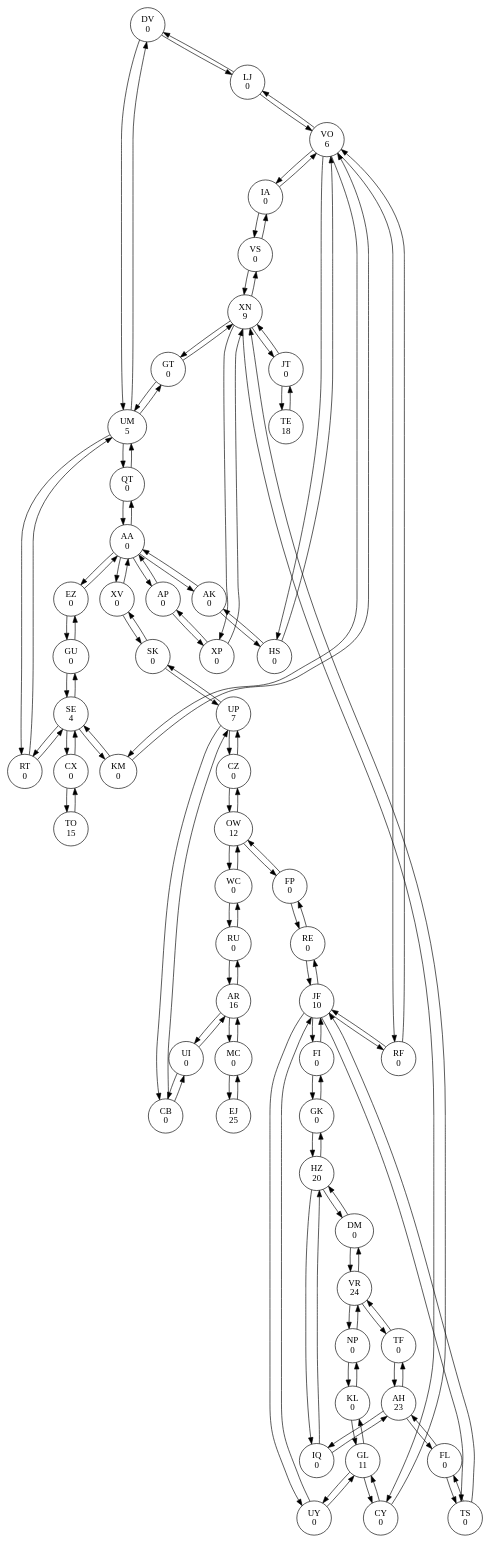
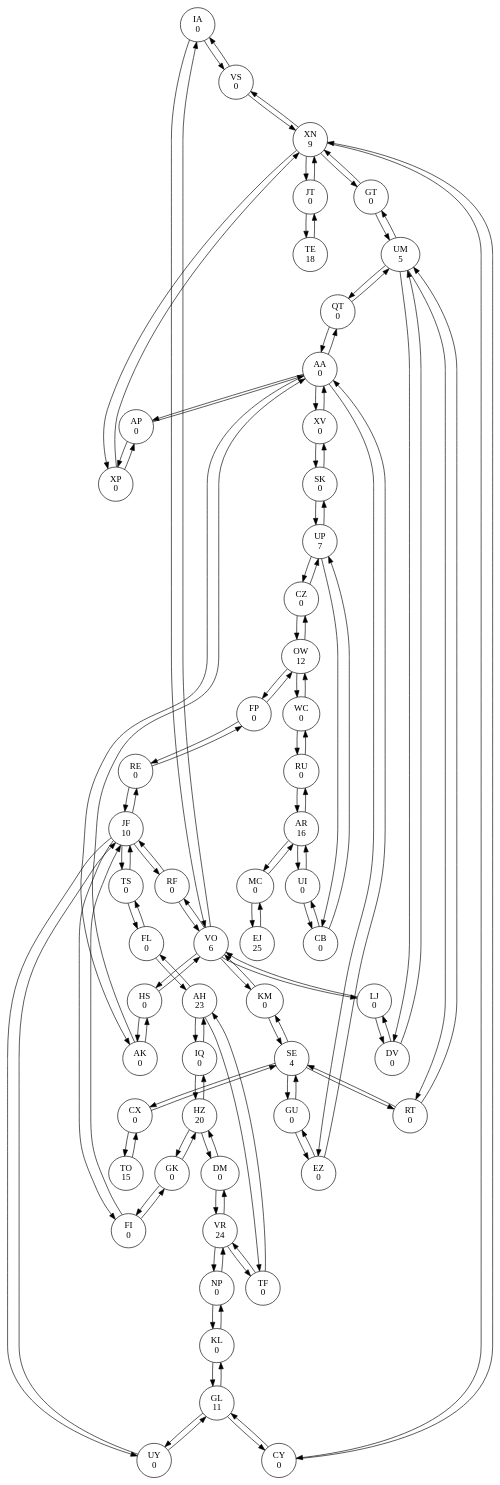
Before and after one commit to babbageclunk/advent2022: the diagram in day16/graph.dot, drawn with Graphviz. The commit also changed other lines of this file and 3 other files, not shown here.

```diff
--- a/day16/graph.dot
+++ b/day16/graph.dot
@@ -1,184 +1,184 @@
 digraph {
-DV [label="DV\n0"];
-DV -> LJ;
-DV -> UM;
+IA [label="IA\n0"];
+IA -> VS;
+IA -> VO;
+SK [label="SK\n0"];
+SK -> XV;
+SK -> UP;
+AK [label="AK\n0"];
+AK -> AA;
+AK -> HS;
+XV [label="XV\n0"];
+XV -> AA;
+XV -> SK;
+XP [label="XP\n0"];
+XP -> AP;
+XP -> XN;
+CB [label="CB\n0"];
+CB -> UI;
+CB -> UP;
+FL [label="FL\n0"];
+FL -> AH;
+FL -> TS;
+VR [label="VR\n24"];
+VR -> DM;
+VR -> TF;
+VR -> NP;
+RF [label="RF\n0"];
+RF -> VO;
+RF -> JF;
+GL [label="GL\n11"];
+GL -> UY;
+GL -> KL;
+GL -> CY;
+JT [label="JT\n0"];
+JT -> TE;
+JT -> XN;
+TS [label="TS\n0"];
+TS -> JF;
+TS -> FL;
+RU [label="RU\n0"];
+RU -> AR;
+RU -> WC;
+QT [label="QT\n0"];
+QT -> UM;
+QT -> AA;
+FI [label="FI\n0"];
+FI -> JF;
+FI -> GK;
+AH [label="AH\n23"];
+AH -> IQ;
+AH -> FL;
+AH -> TF;
 OW [label="OW\n12"];
 OW -> CZ;
 OW -> WC;
 OW -> FP;
-GT [label="GT\n0"];
-GT -> XN;
-GT -> UM;
-UM [label="UM\n5"];
-UM -> DV;
-UM -> GT;
-UM -> RT;
-UM -> QT;
-GU [label="GU\n0"];
-GU -> SE;
-GU -> EZ;
-RF [label="RF\n0"];
-RF -> VO;
-RF -> JF;
+JF [label="JF\n10"];
+JF -> RF;
+JF -> FI;
+JF -> UY;
+JF -> RE;
+JF -> TS;
+DV [label="DV\n0"];
+DV -> LJ;
+DV -> UM;
+KM [label="KM\n0"];
+KM -> SE;
+KM -> VO;
+EZ [label="EZ\n0"];
+EZ -> AA;
+EZ -> GU;
+CY [label="CY\n0"];
+CY -> XN;
+CY -> GL;
 KL [label="KL\n0"];
 KL -> GL;
 KL -> NP;
-XP [label="XP\n0"];
-XP -> AP;
-XP -> XN;
-DM [label="DM\n0"];
-DM -> VR;
-DM -> HZ;
-CB [label="CB\n0"];
-CB -> UI;
-CB -> UP;
-RU [label="RU\n0"];
-RU -> AR;
-RU -> WC;
-AH [label="AH\n23"];
-AH -> IQ;
-AH -> FL;
-AH -> TF;
-WC [label="WC\n0"];
-WC -> OW;
-WC -> RU;
-GK [label="GK\n0"];
-GK -> FI;
-GK -> HZ;
-FI [label="FI\n0"];
-FI -> JF;
-FI -> GK;
-HS [label="HS\n0"];
-HS -> AK;
-HS -> VO;
-CX [label="CX\n0"];
-CX -> SE;
-CX -> TO;
-UP [label="UP\n7"];
-UP -> SK;
-UP -> CB;
-UP -> CZ;
-VR [label="VR\n24"];
-VR -> DM;
-VR -> TF;
-VR -> NP;
-TE [label="TE\n18"];
-TE -> JT;
+UY [label="UY\n0"];
+UY -> JF;
+UY -> GL;
+VO [label="VO\n6"];
+VO -> KM;
+VO -> RF;
+VO -> HS;
+VO -> LJ;
+VO -> IA;
+AR [label="AR\n16"];
+AR -> UI;
+AR -> RU;
+AR -> MC;
 XN [label="XN\n9"];
 XN -> XP;
 XN -> JT;
 XN -> VS;
 XN -> GT;
 XN -> CY;
-AK [label="AK\n0"];
-AK -> AA;
-AK -> HS;
-XV [label="XV\n0"];
-XV -> AA;
-XV -> SK;
-RT [label="RT\n0"];
-RT -> UM;
-RT -> SE;
-FL [label="FL\n0"];
-FL -> AH;
-FL -> TS;
-JT [label="JT\n0"];
-JT -> TE;
-JT -> XN;
-VO [label="VO\n6"];
-VO -> KM;
-VO -> RF;
-VO -> HS;
-VO -> LJ;
-VO -> IA;
-LJ [label="LJ\n0"];
-LJ -> DV;
-LJ -> VO;
-IA [label="IA\n0"];
-IA -> VS;
-IA -> VO;
-QT [label="QT\n0"];
-QT -> UM;
-QT -> AA;
-UI [label="UI\n0"];
-UI -> AR;
-UI -> CB;
-NP [label="NP\n0"];
-NP -> VR;
-NP -> KL;
-AR [label="AR\n16"];
-AR -> UI;
-AR -> RU;
-AR -> MC;
-HZ [label="HZ\n20"];
-HZ -> IQ;
-HZ -> DM;
-HZ -> GK;
+EJ [label="EJ\n25"];
+EJ -> MC;
+IQ [label="IQ\n0"];
+IQ -> HZ;
+IQ -> AH;
+WC [label="WC\n0"];
+WC -> OW;
+WC -> RU;
+FP [label="FP\n0"];
+FP -> OW;
+FP -> RE;
+VS [label="VS\n0"];
+VS -> XN;
+VS -> IA;
 TO [label="TO\n15"];
 TO -> CX;
-GL [label="GL\n11"];
-GL -> UY;
-GL -> KL;
-GL -> CY;
-CY [label="CY\n0"];
-CY -> XN;
-CY -> GL;
-JF [label="JF\n10"];
-JF -> RF;
-JF -> FI;
-JF -> UY;
-JF -> RE;
-JF -> TS;
-TS [label="TS\n0"];
-TS -> JF;
-TS -> FL;
+CZ [label="CZ\n0"];
+CZ -> UP;
+CZ -> OW;
 AA [label="AA\n0"];
 AA -> QT;
 AA -> AP;
 AA -> EZ;
 AA -> AK;
 AA -> XV;
 AP [label="AP\n0"];
 AP -> XP;
 AP -> AA;
-CZ [label="CZ\n0"];
-CZ -> UP;
-CZ -> OW;
-FP [label="FP\n0"];
-FP -> OW;
-FP -> RE;
+UP [label="UP\n7"];
+UP -> SK;
+UP -> CB;
+UP -> CZ;
+CX [label="CX\n0"];
+CX -> SE;
+CX -> TO;
+GT [label="GT\n0"];
+GT -> XN;
+GT -> UM;
+LJ [label="LJ\n0"];
+LJ -> DV;
+LJ -> VO;
+GK [label="GK\n0"];
+GK -> FI;
+GK -> HZ;
+DM [label="DM\n0"];
+DM -> VR;
+DM -> HZ;
+UM [label="UM\n5"];
+UM -> DV;
+UM -> GT;
+UM -> RT;
+UM -> QT;
+HZ [label="HZ\n20"];
+HZ -> IQ;
+HZ -> DM;
+HZ -> GK;
+UI [label="UI\n0"];
+UI -> AR;
+UI -> CB;
+RT [label="RT\n0"];
+RT -> UM;
+RT -> SE;
+TF [label="TF\n0"];
+TF -> AH;
+TF -> VR;
+TE [label="TE\n18"];
+TE -> JT;
+MC [label="MC\n0"];
+MC -> EJ;
+MC -> AR;
+HS [label="HS\n0"];
+HS -> AK;
+HS -> VO;
 SE [label="SE\n4"];
 SE -> GU;
 SE -> KM;
 SE -> CX;
 SE -> RT;
-MC [label="MC\n0"];
-MC -> EJ;
-MC -> AR;
-VS [label="VS\n0"];
-VS -> XN;
-VS -> IA;
-EJ [label="EJ\n25"];
-EJ -> MC;
-IQ [label="IQ\n0"];
-IQ -> HZ;
-IQ -> AH;
-SK [label="SK\n0"];
-SK -> XV;
-SK -> UP;
-TF [label="TF\n0"];
-TF -> AH;
-TF -> VR;
-EZ [label="EZ\n0"];
-EZ -> AA;
-EZ -> GU;
-KM [label="KM\n0"];
-KM -> SE;
-KM -> VO;
+GU [label="GU\n0"];
+GU -> SE;
+GU -> EZ;
 RE [label="RE\n0"];
 RE -> JF;
 RE -> FP;
-UY [label="UY\n0"];
-UY -> JF;
-UY -> GL;
+NP [label="NP\n0"];
+NP -> VR;
+NP -> KL;
 }
```
